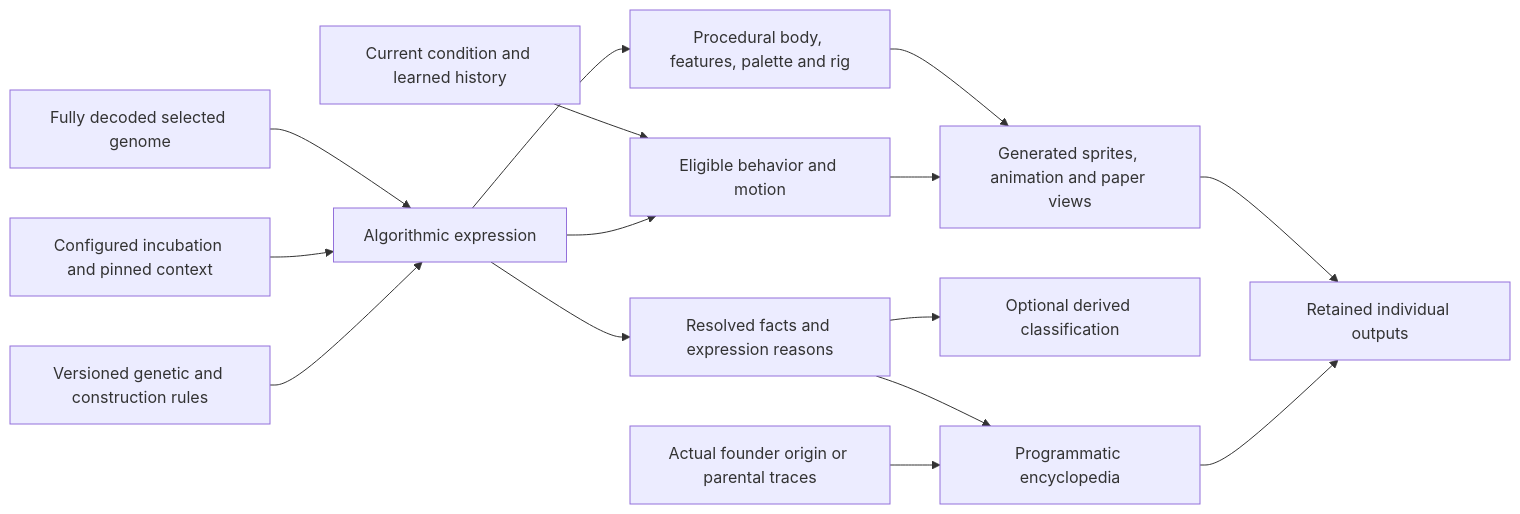
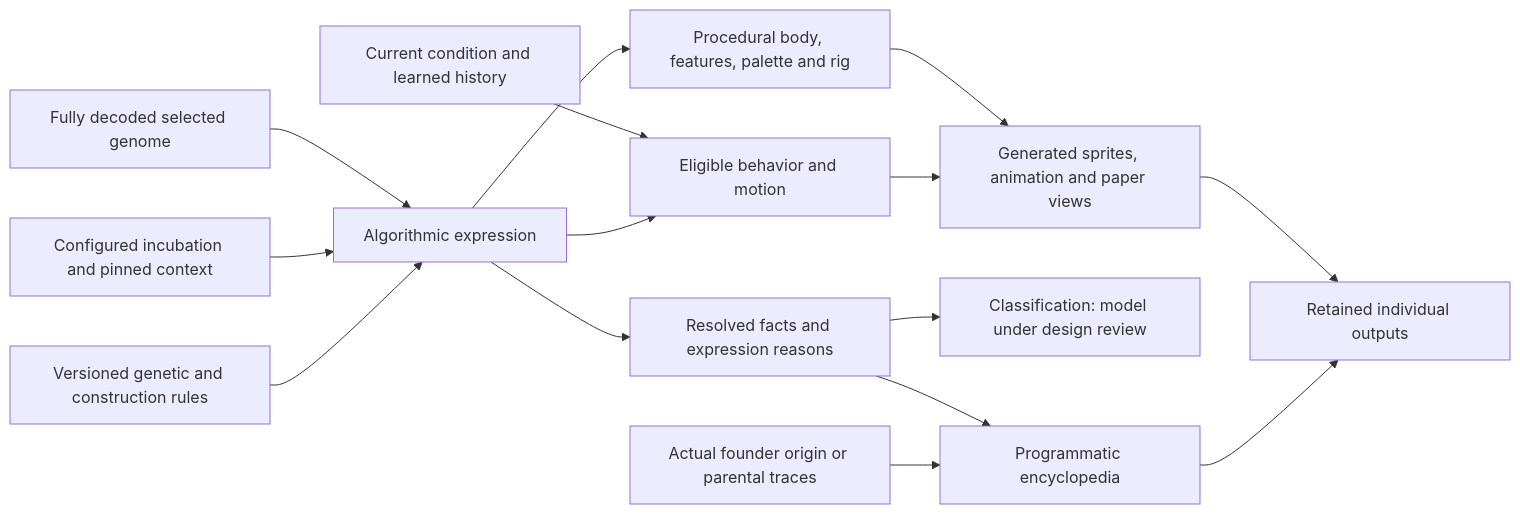
One commit to PacoCotera/critter-lab changed the second of 3 diagrams in specs/architecture.md. Above: the diagram before and after it, drawn with Mermaid. The commit also changed other lines of this file and 103 other files, not shown here.

````diff
--- a/specs/architecture.md
+++ b/specs/architecture.md
@@ -48,17 +48,17 @@
 ```mermaid
 flowchart LR
   Genome[Fully decoded selected genome] --> Express[Algorithmic expression]
   Config[Configured incubation and pinned context] --> Express
   Rules[Versioned genetic and construction rules] --> Express
   Express --> Body[Procedural body, features, palette and rig]
   Body --> Graphics[Generated sprites, animation and paper views]
   Express --> Facts[Resolved facts and expression reasons]
-  Facts --> Classify[Optional derived classification]
+  Facts --> Classify[Classification: model under design review]
   Facts --> Entry[Programmatic encyclopedia]
   Origin[Actual founder origin or parental traces] --> Entry
   State[Current condition and learned history] --> Behavior[Eligible behavior and motion]
   Express --> Behavior
   Behavior --> Graphics
   Graphics --> Saved[Retained individual outputs]
   Entry --> Saved
 ```
````
